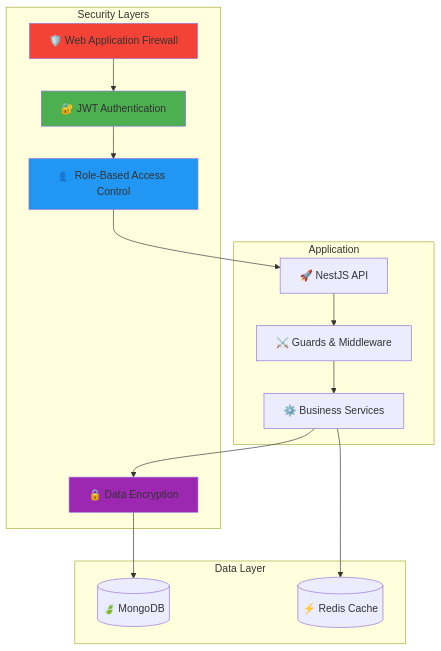
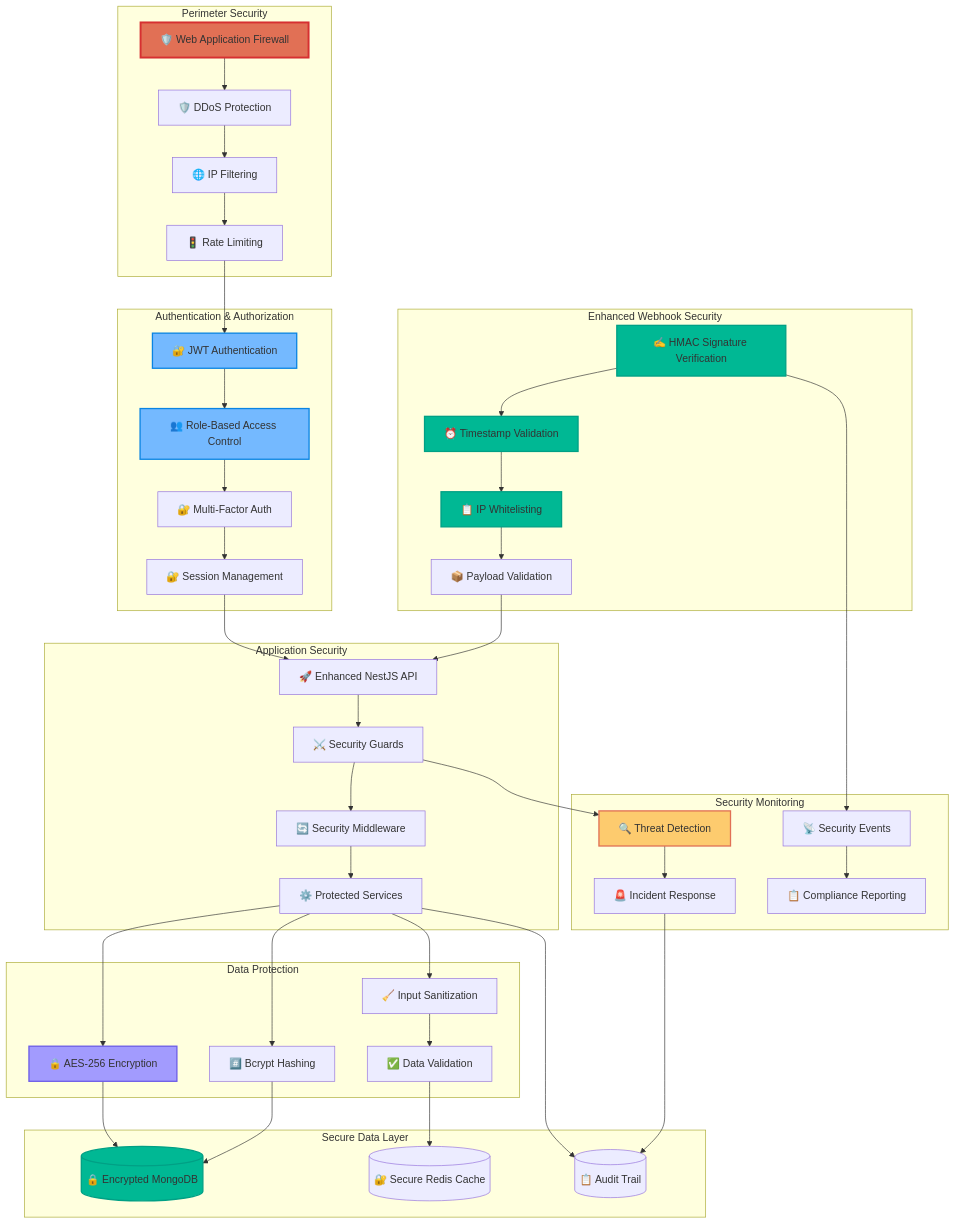
One commit to abdoElHodaky/Nestcms changed the third of 3 diagrams in README.md. Above: the diagram before and after it, drawn with Mermaid. The commit also changed other lines of this file and 2 other files, not shown here.

````diff
--- a/README.md
+++ b/README.md
@@ -440,34 +498,102 @@
 ```mermaid
 graph TB
-    subgraph "Security Layers"
+    subgraph "Perimeter Security"
         WAF[🛡️ Web Application Firewall]
+        DDoS[🛡️ DDoS Protection]
+        IPFilter[🌐 IP Filtering]
+        RateLimit[🚦 Rate Limiting]
+    end
+    
+    subgraph "Authentication & Authorization"
         Auth[🔐 JWT Authentication]
         RBAC[👥 Role-Based Access Control]
-        Encrypt[🔒 Data Encryption]
+        MFA[🔐 Multi-Factor Auth]
+        Session[🔐 Session Management]
     end
     
-    subgraph "Application"
-        API[🚀 NestJS API]
-        Guards[⚔️ Guards & Middleware]
-        Services[⚙️ Business Services]
+    subgraph "Enhanced Webhook Security"
+        HMAC[✍️ HMAC Signature Verification]
+        Timestamp[⏰ Timestamp Validation]
+        IPWhitelist[📋 IP Whitelisting]
+        PayloadValidation[📦 Payload Validation]
     end
     
-    subgraph "Data Layer"
-        MongoDB[(🍃 MongoDB)]
-        Redis[(⚡ Redis Cache)]
+    subgraph "Application Security"
+        API[🚀 Enhanced NestJS API]
+        Guards[⚔️ Security Guards]
+        Middleware[🔄 Security Middleware]
+        Services[⚙️ Protected Services]
     end
     
-    WAF --> Auth
+    subgraph "Data Protection"
+        Encrypt[🔒 AES-256 Encryption]
+        Hashing[#️⃣ Bcrypt Hashing]
+        Sanitization[🧹 Input Sanitization]
+        Validation[✅ Data Validation]
+    end
+    
+    subgraph "Secure Data Layer"
+        MongoDB[(🔒 Encrypted MongoDB)]
+        Redis[(🔐 Secure Redis Cache)]
+        AuditLog[(📋 Audit Trail)]
+    end
+    
+    subgraph "Security Monitoring"
+        ThreatDetection[🔍 Threat Detection]
+        SecurityEvents[📡 Security Events]
+        IncidentResponse[🚨 Incident Response]
+        Compliance[📋 Compliance Reporting]
+    end
+    
+    %% Perimeter Security Flow
+    WAF --> DDoS
+    DDoS --> IPFilter
+    IPFilter --> RateLimit
+    RateLimit --> Auth
+    
+    %% Authentication Flow
     Auth --> RBAC
-    RBAC --> API
+    RBAC --> MFA
+    MFA --> Session
+    Session --> API
+    
+    %% Webhook Security Flow
+    HMAC --> Timestamp
+    Timestamp --> IPWhitelist
+    IPWhitelist --> PayloadValidation
+    PayloadValidation --> API
+    
+    %% Application Security Flow
     API --> Guards
-    Guards --> Services
+    Guards --> Middleware
+    Middleware --> Services
+    
+    %% Data Protection Flow
     Services --> Encrypt
+    Services --> Hashing
+    Services --> Sanitization
+    Sanitization --> Validation
+    
+    %% Secure Storage
     Encrypt --> MongoDB
-    Services --> Redis
+    Hashing --> MongoDB
+    Validation --> Redis
+    Services --> AuditLog
     
-    style WAF fill:#f44336
-    style Auth fill:#4caf50
-    style RBAC fill:#2196f3
-    style Encrypt fill:#9c27b0
+    %% Security Monitoring
+    Guards --> ThreatDetection
+    HMAC --> SecurityEvents
+    ThreatDetection --> IncidentResponse
+    SecurityEvents --> Compliance
+    IncidentResponse --> AuditLog
+    
+    style WAF fill:#e17055,stroke:#d63031,stroke-width:3px
+    style HMAC fill:#00b894,stroke:#00a085,stroke-width:2px
+    style Timestamp fill:#00b894,stroke:#00a085,stroke-width:2px
+    style IPWhitelist fill:#00b894,stroke:#00a085,stroke-width:2px
+    style Auth fill:#74b9ff,stroke:#0984e3,stroke-width:2px
+    style RBAC fill:#74b9ff,stroke:#0984e3,stroke-width:2px
+    style Encrypt fill:#a29bfe,stroke:#6c5ce7,stroke-width:2px
+    style MongoDB fill:#00b894,stroke:#00a085,stroke-width:2px
+    style ThreatDetection fill:#fdcb6e,stroke:#e17055,stroke-width:2px
 ```
````
